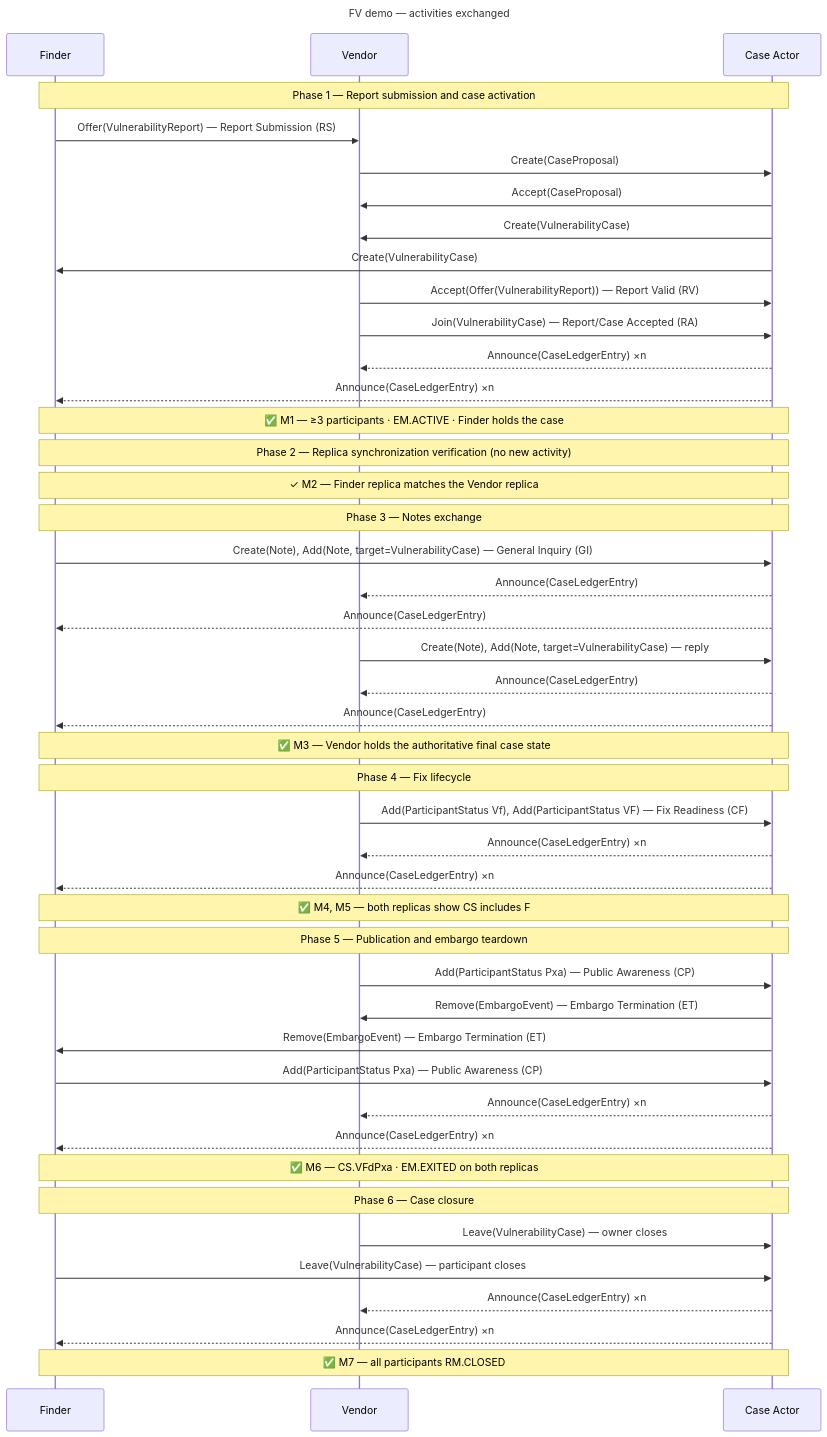
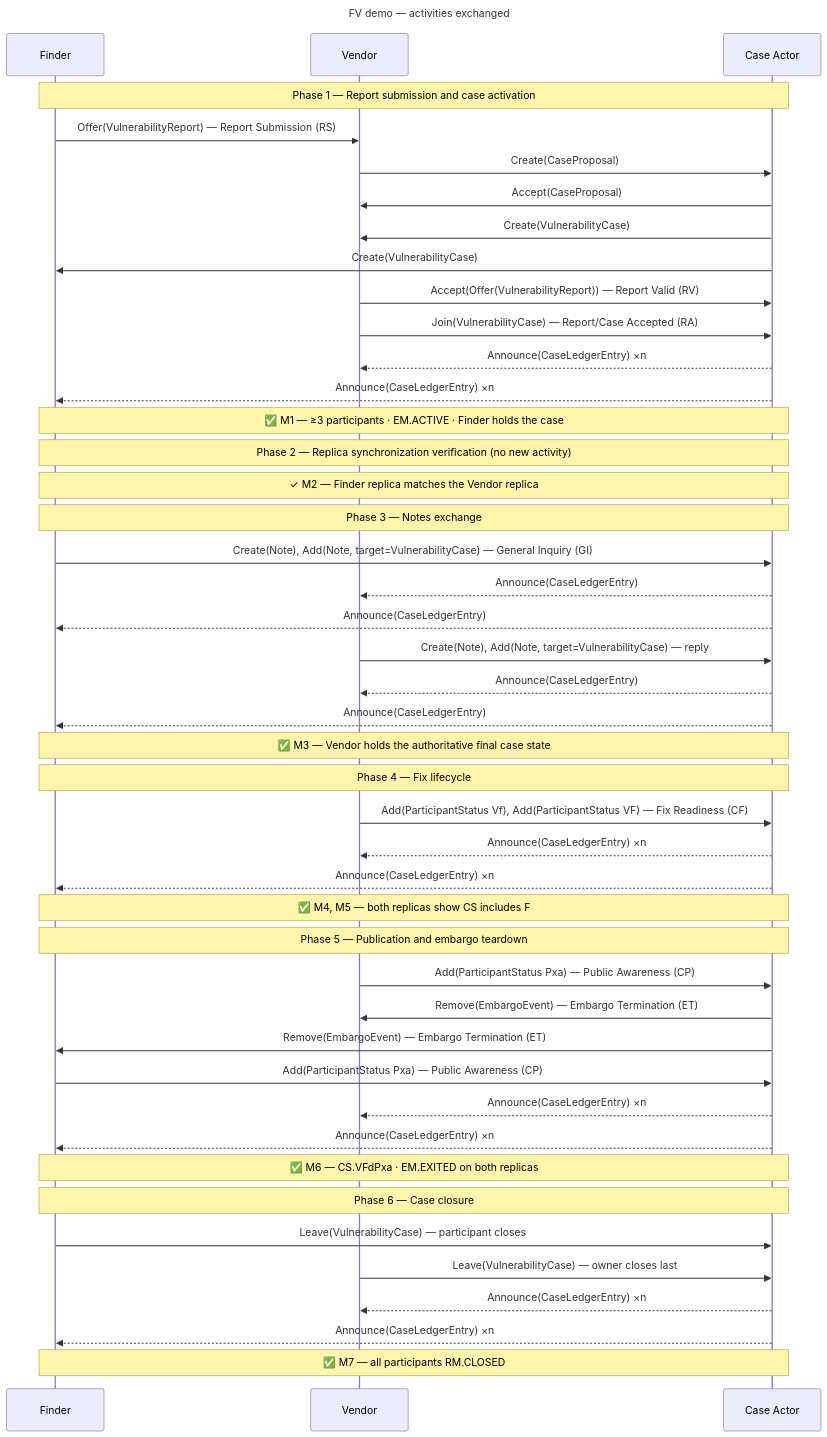
The diagram in docs/reference/fv-demo-protocol.md (CERTCC/Vultron), drawn with Mermaid before and after one commit. The commit also changed other lines of this file and 38 other files, not shown here.

First line of the commit message:
feat(demo): the Case Owner leaves last in every scenario (#4163)

````diff
--- a/docs/reference/fv-demo-protocol.md
+++ b/docs/reference/fv-demo-protocol.md
@@ -49,55 +49,55 @@
 ```mermaid
 ---
 title: FV demo — activities exchanged
 ---
 sequenceDiagram
     participant F as Finder
     participant V as Vendor
     participant CA as Case Actor
 
     note over F,CA: Phase 1 — Report submission and case activation
     F->>V: Offer(VulnerabilityReport) — Report Submission (RS)
     V->>CA: Create(CaseProposal)
     CA->>V: Accept(CaseProposal)
     CA->>V: Create(VulnerabilityCase)
     CA->>F: Create(VulnerabilityCase)
     V->>CA: Accept(Offer(VulnerabilityReport)) — Report Valid (RV)
     V->>CA: Join(VulnerabilityCase) — Report/Case Accepted (RA)
     CA-->>V: Announce(CaseLedgerEntry) ×n
     CA-->>F: Announce(CaseLedgerEntry) ×n
     note over F,CA: ✅ M1 — ≥3 participants · EM.ACTIVE · Finder holds the case
 
     note over F,CA: Phase 2 — Replica synchronization verification (no new activity)
     note over F,CA: ✓ M2 — Finder replica matches the Vendor replica
 
     note over F,CA: Phase 3 — Notes exchange
     F->>CA: Create(Note), Add(Note, target=VulnerabilityCase) — General Inquiry (GI)
     CA-->>V: Announce(CaseLedgerEntry)
     CA-->>F: Announce(CaseLedgerEntry)
     V->>CA: Create(Note), Add(Note, target=VulnerabilityCase) — reply
     CA-->>V: Announce(CaseLedgerEntry)
     CA-->>F: Announce(CaseLedgerEntry)
     note over F,CA: ✅ M3 — Vendor holds the authoritative final case state
 
     note over F,CA: Phase 4 — Fix lifecycle
     V->>CA: Add(ParticipantStatus Vf), Add(ParticipantStatus VF) — Fix Readiness (CF)
     CA-->>V: Announce(CaseLedgerEntry) ×n
     CA-->>F: Announce(CaseLedgerEntry) ×n
     note over F,CA: ✅ M4, M5 — both replicas show CS includes F
 
     note over F,CA: Phase 5 — Publication and embargo teardown
     V->>CA: Add(ParticipantStatus Pxa) — Public Awareness (CP)
     CA->>V: Remove(EmbargoEvent) — Embargo Termination (ET)
     CA->>F: Remove(EmbargoEvent) — Embargo Termination (ET)
     F->>CA: Add(ParticipantStatus Pxa) — Public Awareness (CP)
     CA-->>V: Announce(CaseLedgerEntry) ×n
     CA-->>F: Announce(CaseLedgerEntry) ×n
     note over F,CA: ✅ M6 — CS.VFdPxa · EM.EXITED on both replicas
 
     note over F,CA: Phase 6 — Case closure
-    V->>CA: Leave(VulnerabilityCase) — owner closes
     F->>CA: Leave(VulnerabilityCase) — participant closes
+    V->>CA: Leave(VulnerabilityCase) — owner closes last
     CA-->>V: Announce(CaseLedgerEntry) ×n
     CA-->>F: Announce(CaseLedgerEntry) ×n
     note over F,CA: ✅ M7 — all participants RM.CLOSED
 ```
````
